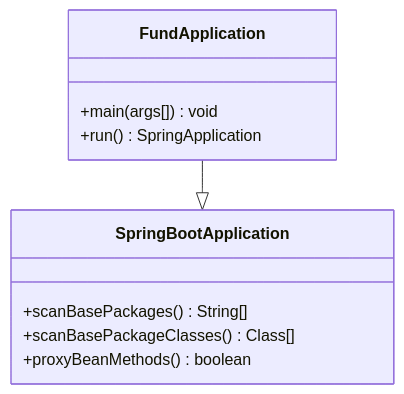
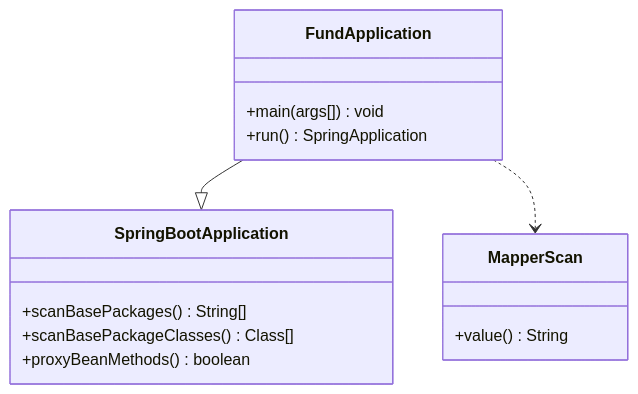
The third of 15 diagrams in .qoder/repowiki/zh/content/核心功能开发/安全配置.md (gree-coder/fund-butler), drawn with Mermaid before and after one commit. The commit also changed other lines of this file and 10 other files, not shown here.

````diff
--- a/.qoder/repowiki/zh/content/核心功能开发/安全配置.md
+++ b/.qoder/repowiki/zh/content/核心功能开发/安全配置.md
@@ -106,13 +136,17 @@
 ```mermaid
 classDiagram
 class FundApplication {
 +main(args[]) void
 +run() SpringApplication
 }
 class SpringBootApplication {
 +scanBasePackages() String[]
 +scanBasePackageClasses() Class[]
 +proxyBeanMethods() boolean
 }
+class MapperScan {
++value() String
+}
 FundApplication --|> SpringBootApplication
+FundApplication ..> MapperScan
 ```
````
